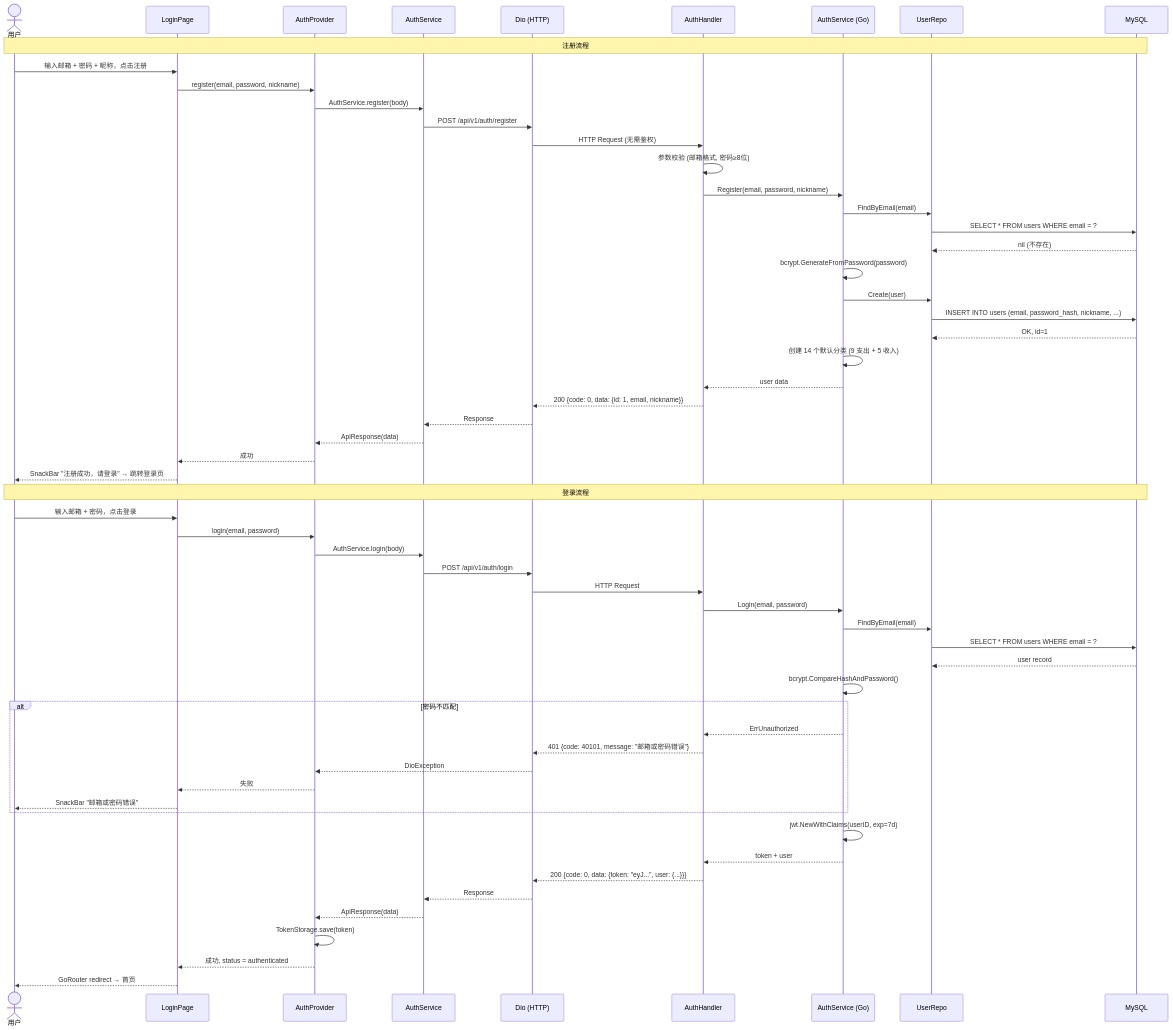
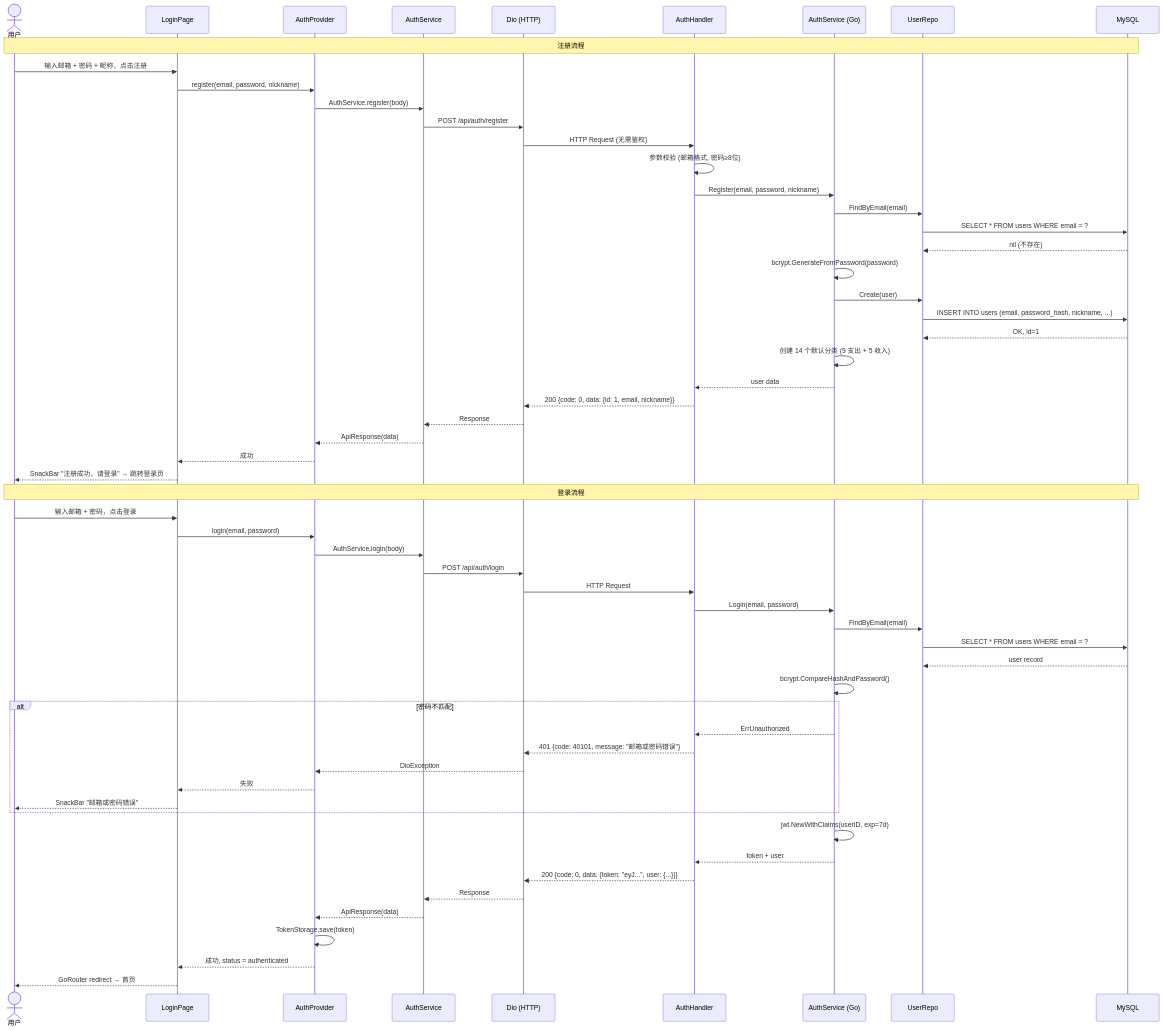
One commit to OLRainM/GoLedger changed the third of 4 diagrams in README.md. Above: the diagram before and after it, drawn with Mermaid. The commit also changed other lines of this file and 1 other file, not shown here.

Commit message:
fix: 统一接口路径为 /api/...，移除文档中错误的 /v1 前缀

````diff
--- a/README.md
+++ b/README.md
@@ -370,62 +370,62 @@
 ```mermaid
 sequenceDiagram
     actor User as 用户
     participant LP as LoginPage
     participant Auth as AuthProvider
     participant AS as AuthService
     participant Dio as Dio (HTTP)
     participant H as AuthHandler
     participant S as AuthService (Go)
     participant R as UserRepo
     participant DB as MySQL
 
     Note over User,DB: 注册流程
     User->>LP: 输入邮箱 + 密码 + 昵称，点击注册
     LP->>Auth: register(email, password, nickname)
     Auth->>AS: AuthService.register(body)
-    AS->>Dio: POST /api/v1/auth/register
+    AS->>Dio: POST /api/auth/register
     Dio->>H: HTTP Request (无需鉴权)
     H->>H: 参数校验 (邮箱格式, 密码≥8位)
     H->>S: Register(email, password, nickname)
     S->>R: FindByEmail(email)
     R->>DB: SELECT * FROM users WHERE email = ?
     DB-->>R: nil (不存在)
     S->>S: bcrypt.GenerateFromPassword(password)
     S->>R: Create(user)
     R->>DB: INSERT INTO users (email, password_hash, nickname, ...)
     DB-->>R: OK, id=1
     S->>S: 创建 14 个默认分类 (9 支出 + 5 收入)
     S-->>H: user data
     H-->>Dio: 200 {code: 0, data: {id: 1, email, nickname}}
     Dio-->>AS: Response
     AS-->>Auth: ApiResponse(data)
     Auth-->>LP: 成功
     LP-->>User: SnackBar "注册成功，请登录" → 跳转登录页
 
     Note over User,DB: 登录流程
     User->>LP: 输入邮箱 + 密码，点击登录
     LP->>Auth: login(email, password)
     Auth->>AS: AuthService.login(body)
-    AS->>Dio: POST /api/v1/auth/login
+    AS->>Dio: POST /api/auth/login
     Dio->>H: HTTP Request
     H->>S: Login(email, password)
     S->>R: FindByEmail(email)
     R->>DB: SELECT * FROM users WHERE email = ?
     DB-->>R: user record
     S->>S: bcrypt.CompareHashAndPassword()
     alt 密码不匹配
         S-->>H: ErrUnauthorized
         H-->>Dio: 401 {code: 40101, message: "邮箱或密码错误"}
         Dio-->>Auth: DioException
         Auth-->>LP: 失败
         LP-->>User: SnackBar "邮箱或密码错误"
     end
     S->>S: jwt.NewWithClaims(userID, exp=7d)
     S-->>H: token + user
     H-->>Dio: 200 {code: 0, data: {token: "eyJ...", user: {...}}}
     Dio-->>AS: Response
     AS-->>Auth: ApiResponse(data)
     Auth->>Auth: TokenStorage.save(token)
     Auth-->>LP: 成功, status = authenticated
     LP-->>User: GoRouter redirect → 首页
 ```
````
